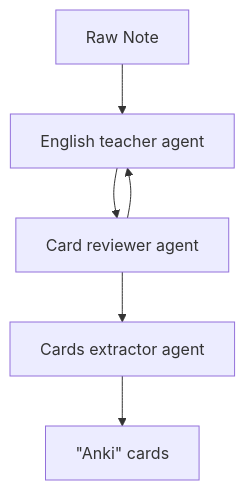
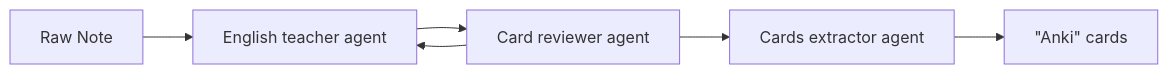
Before and after one commit to V0v1kkk/EnglishFlashcardGenerator: the diagram in README.md, drawn with Mermaid.

Commit message:
Fix flowchart direction in README.md to improve clarity

````diff
--- a/README.md
+++ b/README.md
@@ -9,15 +9,15 @@
 ```mermaid
-flowchart TD
+flowchart LR
 
     RawNote[Raw Note]
     TeacherAgent[English teacher agent]
     ReviewerAgent[Card reviewer agent]
     ExtractorAgent[Cards extractor agent]
     Cards[&quotAnki&quot cards]
 
     RawNote --> TeacherAgent
     TeacherAgent --> ReviewerAgent
     ReviewerAgent --> TeacherAgent
     ReviewerAgent --> ExtractorAgent
     ExtractorAgent --> Cards
 ```
````
